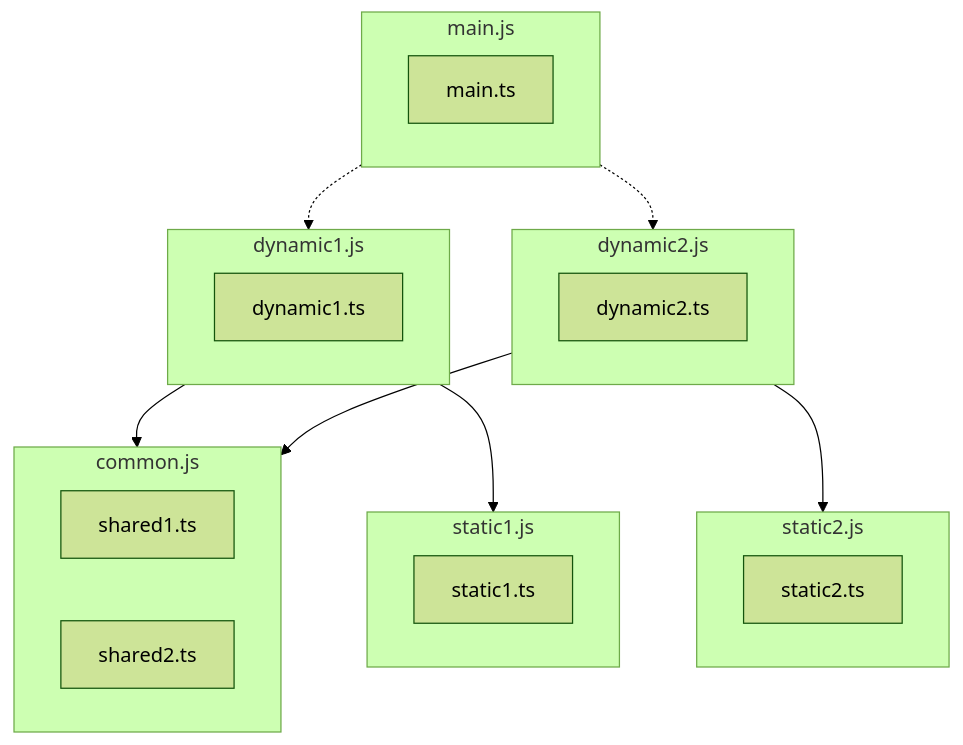
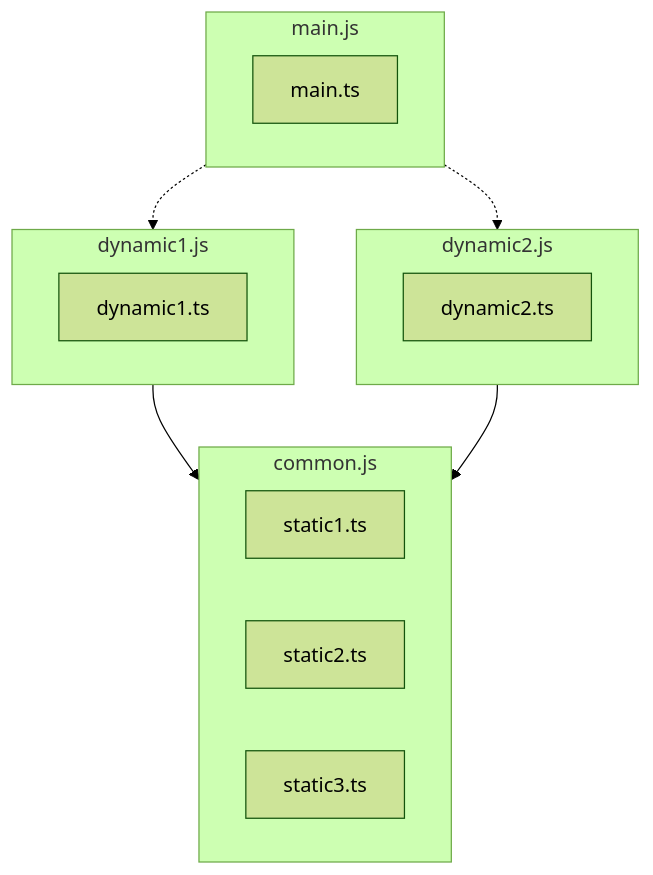
One commit to push-based/ngx-build changed the fifth of 5 diagrams in problem-statements.md. Above: the diagram before and after it, drawn with Mermaid (forest theme). The commit also changed other lines of this file and 1 other file, not shown here.

````diff
--- a/problem-statements.md
+++ b/problem-statements.md
@@ -418,39 +248,31 @@
 ```mermaid
 graph TD
     main.ts
     dynamic1.ts
     dynamic2.ts
-    shared1.ts
-    shared2.ts
     static1.ts
     static2.ts
+    static3.ts
 
     subgraph main.js
         main.ts
     end
     subgraph dynamic1.js
         dynamic1.ts
     end
     subgraph dynamic2.js
         dynamic2.ts
     end
     subgraph common.js
-        shared1.ts
-        shared2.ts
-    end
-    subgraph static1.js
         static1.ts
-    end
-    subgraph static2.js
         static2.ts
+        static3.ts
     end
 
     main.js -.-> dynamic1.js
     main.js -.-> dynamic2.js
 
     dynamic1.js --> common.js
+
     dynamic2.js --> common.js
-
-    dynamic1.js --> static1.js
-    dynamic2.js --> static2.js
 ```
````
